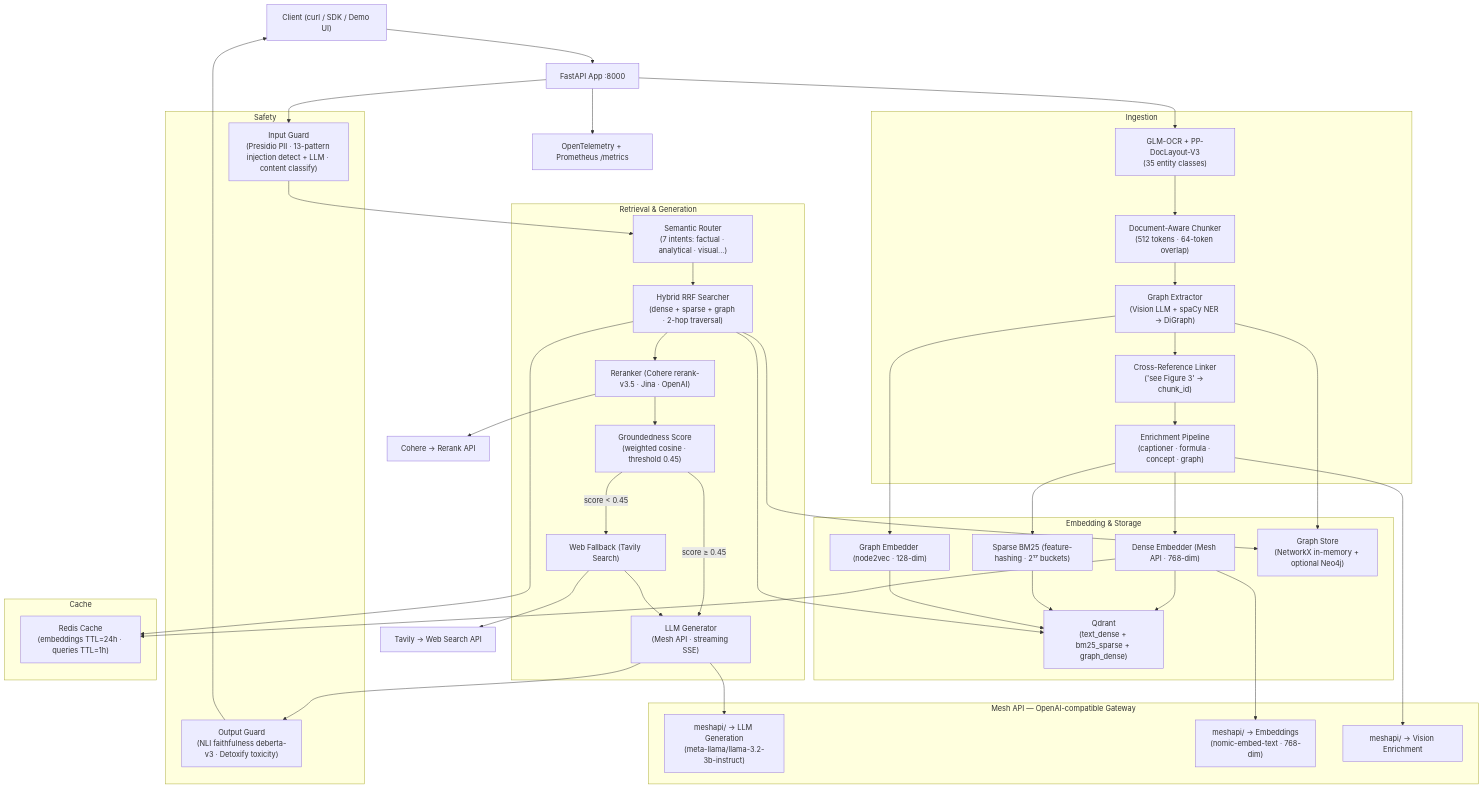
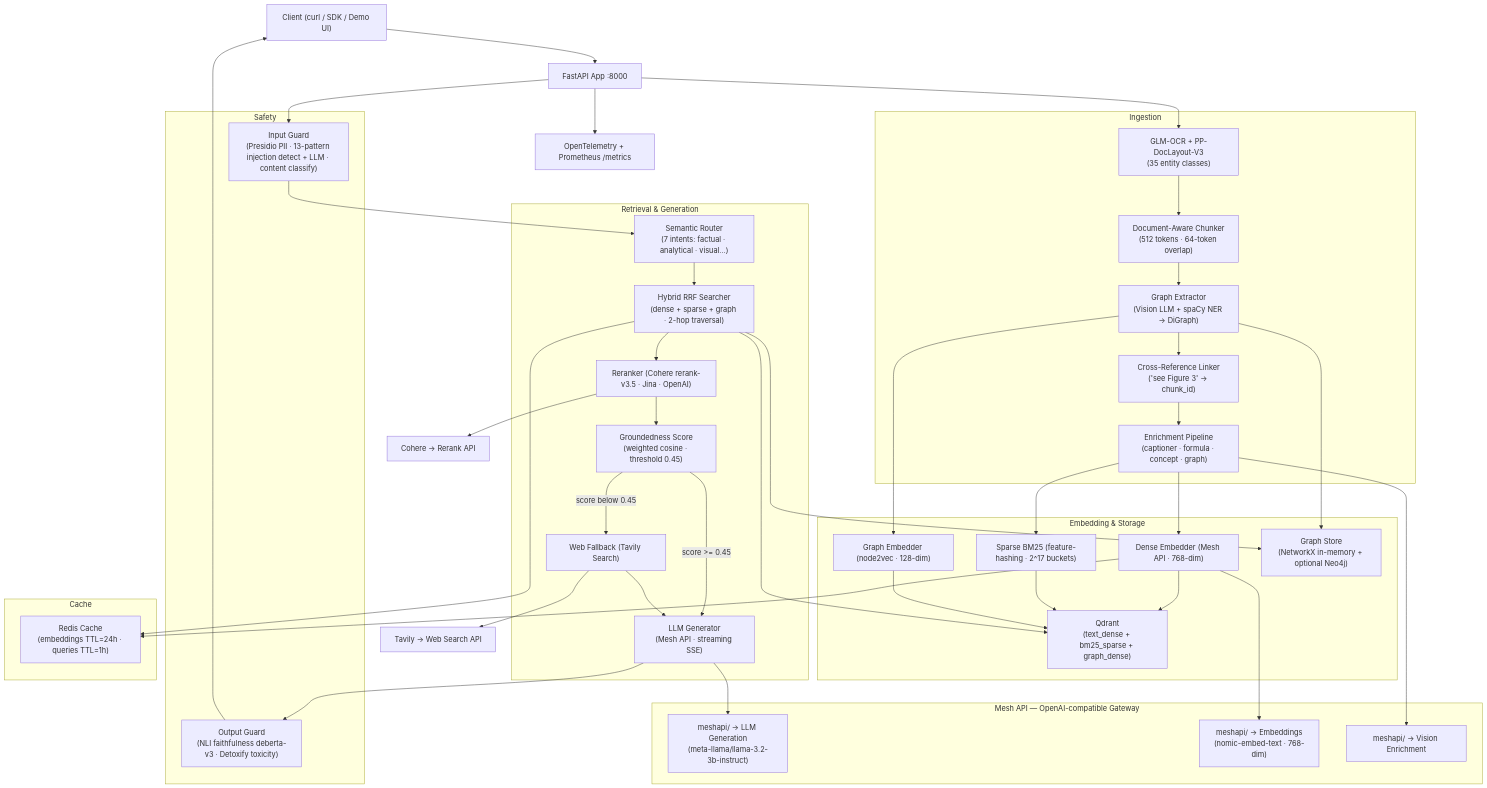
Before and after one commit to jndumu/Enhanced-Multimodel-Rag-Hackerton: the diagram in README.md, drawn with Mermaid. The commit also changed 1 other file, not shown here.

Commit message:
Fix Mermaid parse errors in architecture diagrams
- Quote subgraph names containing '&': Embedding & Storage, Retrieval & Generation
  (unquoted & is a reserved token in Mermaid grammar)
- Replace Unicode '>=' (≥) with ASCII >= in edge labels
- Replace '<' with plain text in edge label to avoid HTML token conflict
- Replace '2^17' superscript with ASCII (2^17) in node label

````diff
--- a/README.md
+++ b/README.md
@@ -69,77 +69,77 @@
 ```mermaid
 graph TB
     Client["Client (curl / SDK / Demo UI)"]
     App["FastAPI App :8000"]
     OTel["OpenTelemetry + Prometheus /metrics"]
 
     subgraph Ingestion
         Parser["GLM-OCR + PP-DocLayout-V3\n(35 entity classes)"]
         Chunker["Document-Aware Chunker\n(512 tokens · 64-token overlap)"]
         GraphEx["Graph Extractor\n(Vision LLM + spaCy NER → DiGraph)"]
         XRef["Cross-Reference Linker\n('see Figure 3' → chunk_id)"]
         Enrich["Enrichment Pipeline\n(captioner · formula · concept · graph)"]
     end
 
-    subgraph Embedding & Storage
+    subgraph EmbStore["Embedding & Storage"]
         DenseEmb["Dense Embedder (Mesh API · 768-dim)"]
-        SparseEmb["Sparse BM25 (feature-hashing · 2¹⁷ buckets)"]
+        SparseEmb["Sparse BM25 (feature-hashing · 2^17 buckets)"]
         GraphEmb["Graph Embedder (node2vec · 128-dim)"]
         Qdrant["Qdrant\n(text_dense + bm25_sparse + graph_dense)"]
         GraphStore["Graph Store\n(NetworkX in-memory + optional Neo4j)"]
     end
 
-    subgraph Retrieval & Generation
+    subgraph RetriGen["Retrieval & Generation"]
         Router["Semantic Router\n(7 intents: factual · analytical · visual...)"]
         Hybrid["Hybrid RRF Searcher\n(dense + sparse + graph · 2-hop traversal)"]
         Reranker["Reranker (Cohere rerank-v3.5 · Jina · OpenAI)"]
         Ground["Groundedness Score\n(weighted cosine · threshold 0.45)"]
         WebFB["Web Fallback (Tavily Search)"]
         Generator["LLM Generator\n(Mesh API · streaming SSE)"]
     end
 
     subgraph Safety
         InputGuard["Input Guard\n(Presidio PII · 13-pattern injection detect + LLM · content classify)"]
         OutputGuard["Output Guard\n(NLI faithfulness deberta-v3 · Detoxify toxicity)"]
     end
 
     subgraph Cache
         Redis["Redis Cache\n(embeddings TTL=24h · queries TTL=1h)"]
     end
 
     subgraph Mesh["Mesh API — OpenAI-compatible Gateway"]
         MeshLLM["meshapi/ → LLM Generation\n(meta-llama/llama-3.2-3b-instruct)"]
         MeshEmb["meshapi/ → Embeddings\n(nomic-embed-text · 768-dim)"]
         MeshVis["meshapi/ → Vision Enrichment"]
     end
 
     Client --> App
     App --> OTel
     App --> InputGuard
     InputGuard --> Router
     Router --> Hybrid
     Hybrid --> Reranker
     Reranker --> Ground
-    Ground -->|score ≥ 0.45| Generator
-    Ground -->|score < 0.45| WebFB
+    Ground -->|score >= 0.45| Generator
+    Ground -->|score below 0.45| WebFB
     WebFB --> Generator
     Generator --> OutputGuard
     OutputGuard --> Client
 
     App --> Parser
     Parser --> Chunker --> GraphEx --> XRef --> Enrich
     Enrich --> DenseEmb --> Qdrant
     Enrich --> SparseEmb --> Qdrant
     GraphEx --> GraphEmb --> Qdrant
     GraphEx --> GraphStore
 
     Hybrid --> Qdrant
     Hybrid --> GraphStore
     DenseEmb --> Redis
     Hybrid --> Redis
 
     DenseEmb --> MeshEmb
     Enrich --> MeshVis
     Generator --> MeshLLM
     Reranker --> CohereAPI["Cohere → Rerank API"]
     WebFB --> TavilyAPI["Tavily → Web Search API"]
 ```
````
